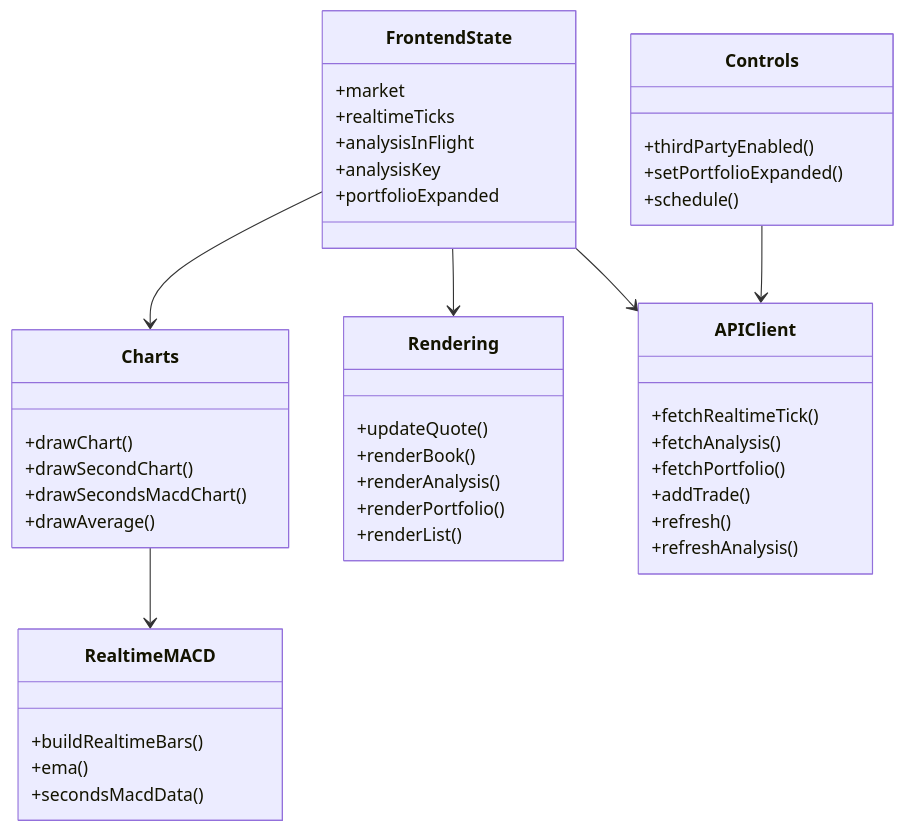
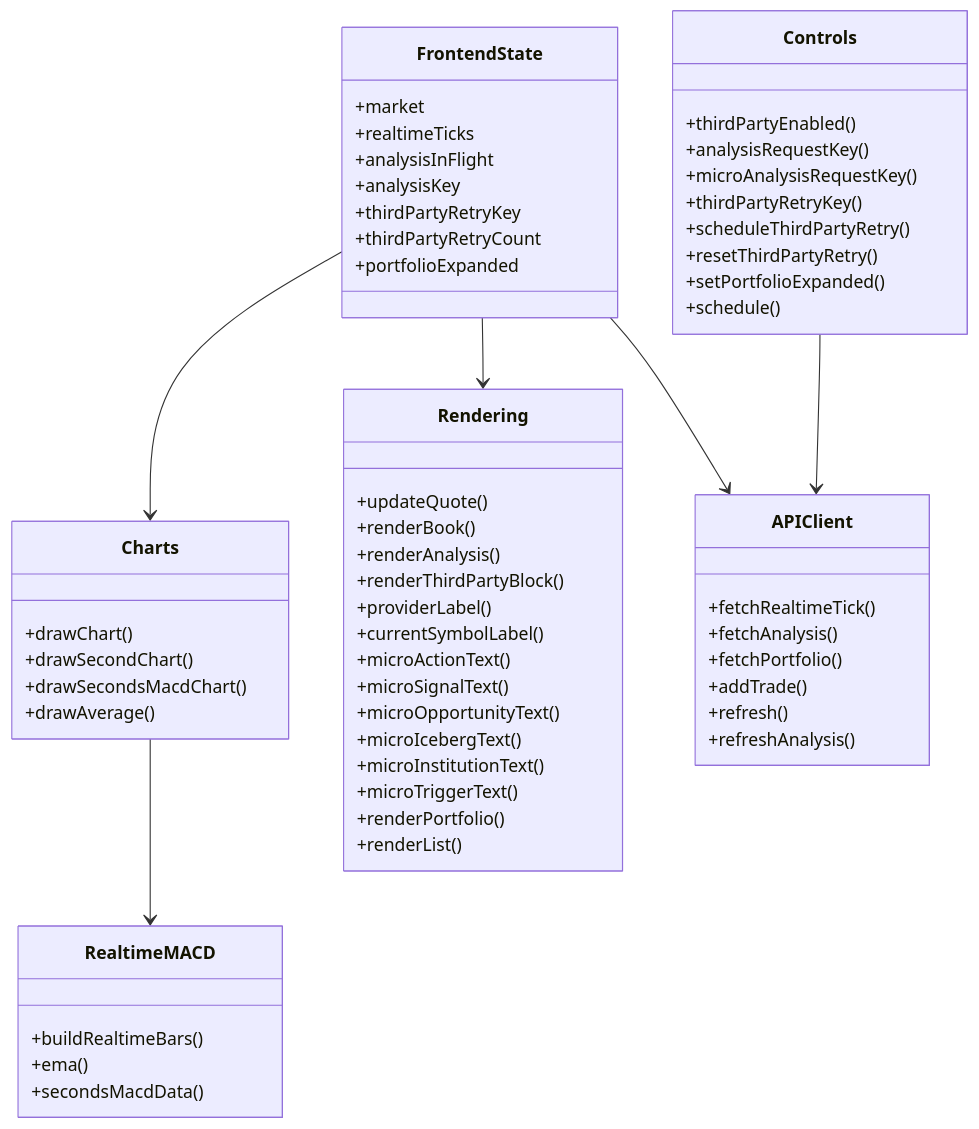
One commit to xrcloudnet/L2LLM changed the fifth of 9 diagrams in docs/project_functions_uml.md. Above: the diagram before and after it, drawn with Mermaid. The commit also changed other lines of this file and 6 other files, not shown here.

Commit message:
Update third-party AI analysis UI and caching

````diff
--- a/docs/project_functions_uml.md
+++ b/docs/project_functions_uml.md
@@ -500,52 +659,68 @@
 ```mermaid
 classDiagram
   class FrontendState {
     +market
     +realtimeTicks
     +analysisInFlight
     +analysisKey
+    +thirdPartyRetryKey
+    +thirdPartyRetryCount
     +portfolioExpanded
   }
 
   class Charts {
     +drawChart()
     +drawSecondChart()
     +drawSecondsMacdChart()
     +drawAverage()
   }
 
   class RealtimeMACD {
     +buildRealtimeBars()
     +ema()
     +secondsMacdData()
   }
 
   class Rendering {
     +updateQuote()
     +renderBook()
     +renderAnalysis()
+    +renderThirdPartyBlock()
+    +providerLabel()
+    +currentSymbolLabel()
+    +microActionText()
+    +microSignalText()
+    +microOpportunityText()
+    +microIcebergText()
+    +microInstitutionText()
+    +microTriggerText()
     +renderPortfolio()
     +renderList()
   }
 
   class APIClient {
     +fetchRealtimeTick()
     +fetchAnalysis()
     +fetchPortfolio()
     +addTrade()
     +refresh()
     +refreshAnalysis()
   }
 
   class Controls {
     +thirdPartyEnabled()
+    +analysisRequestKey()
+    +microAnalysisRequestKey()
+    +thirdPartyRetryKey()
+    +scheduleThirdPartyRetry()
+    +resetThirdPartyRetry()
     +setPortfolioExpanded()
     +schedule()
   }
 
   FrontendState --> Charts
   FrontendState --> Rendering
   FrontendState --> APIClient
   Charts --> RealtimeMACD
   Controls --> APIClient
 ```
````
